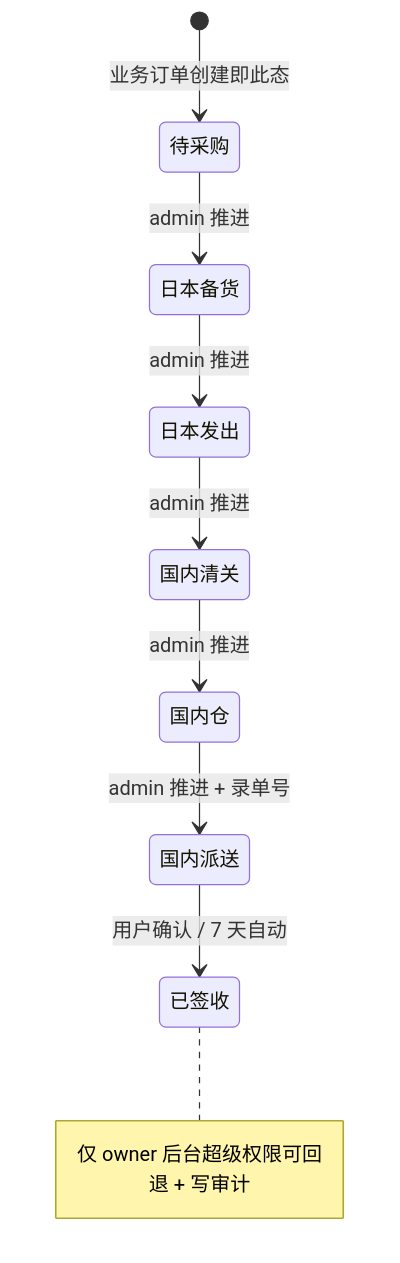
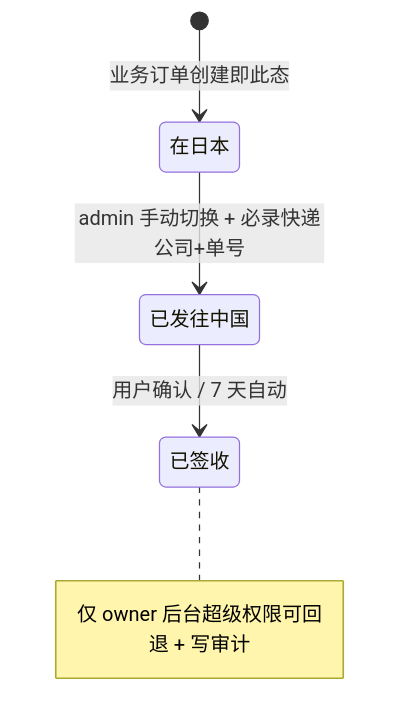
The ninth of 12 diagrams in 10-业务流权威图.md (sengsengran-guzi/doc), drawn with Mermaid before and after one commit. The commit also changed other lines of this file and 108 other files, not shown here.

````diff
--- a/10-业务流权威图.md
+++ b/10-业务流权威图.md
@@ -853,11 +859,7 @@
 ```mermaid
 stateDiagram-v2
-    [*] --> 待采购: 业务订单创建即此态
-    待采购 --> 日本备货: admin 推进
-    日本备货 --> 日本发出: admin 推进
-    日本发出 --> 国内清关: admin 推进
-    国内清关 --> 国内仓: admin 推进
-    国内仓 --> 国内派送: admin 推进 + 录单号
-    国内派送 --> 已签收: 用户确认 / 7 天自动
+    [*] --> 在日本: 业务订单创建即此态
+    在日本 --> 已发往中国: admin 手动切换 + 必录快递公司+单号
+    已发往中国 --> 已签收: 用户确认 / 7 天自动
     note right of 已签收: 仅 owner 后台超级权限可回退 + 写审计
 ```
````
